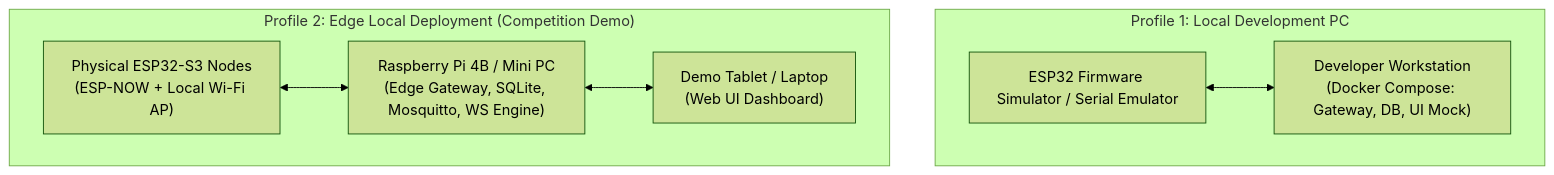
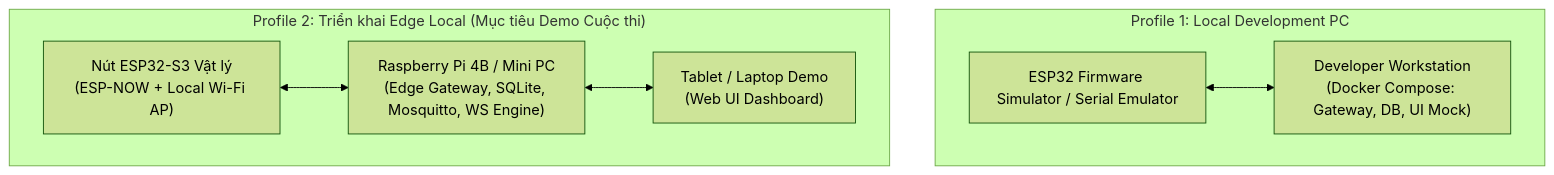
One commit to Eddy-hoang/SAM changed the diagram in docs/21-deployment.md. Above: the diagram before and after it, drawn with Mermaid (forest theme). The commit also changed other lines of this file and 34 other files, not shown here.

````diff
--- a/docs/21-deployment.md
+++ b/docs/21-deployment.md
@@ -11,17 +11,17 @@
 ```mermaid
 graph TD
     subgraph Profile_1 ["Profile 1: Local Development PC"]
         DEV_PC["Developer Workstation\n(Docker Compose: Gateway, DB, UI Mock)"]
         SIM_NODE["ESP32 Firmware Simulator / Serial Emulator"]
         SIM_NODE <--> DEV_PC
     end
 
-    subgraph Profile_2 ["Profile 2: Edge Local Deployment (Competition Demo)"]
+    subgraph Profile_2 ["Profile 2: Triển khai Edge Local (Mục tiêu Demo Cuộc thi)"]
         RPI["Raspberry Pi 4B / Mini PC\n(Edge Gateway, SQLite, Mosquitto, WS Engine)"]
-        HARDWARE_ESP["Physical ESP32-S3 Nodes\n(ESP-NOW + Local Wi-Fi AP)"]
-        TABLET["Demo Tablet / Laptop\n(Web UI Dashboard)"]
+        HARDWARE_ESP["Nút ESP32-S3 Vật lý\n(ESP-NOW + Local Wi-Fi AP)"]
+        TABLET["Tablet / Laptop Demo\n(Web UI Dashboard)"]
 
         HARDWARE_ESP <--> RPI
         RPI <--> TABLET
     end
 ```
````
